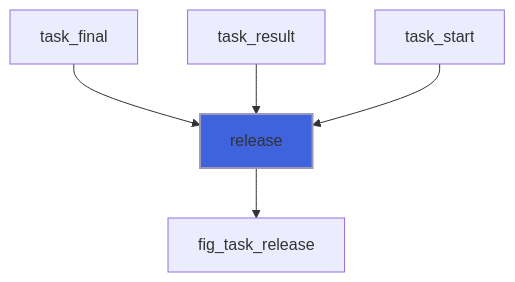
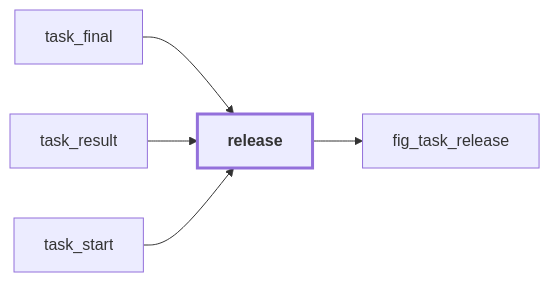
Before and after one commit to szaghi/figure: the eighth of 12 diagrams in docs/api/src/lib/figure_task.md, drawn with Mermaid. The commit also changed other lines of this file and 54 other files, not shown here.

````diff
--- a/docs/api/src/lib/figure_task.md
+++ b/docs/api/src/lib/figure_task.md
@@ -306,8 +329,13 @@
 ```mermaid
-flowchart TD
+flowchart LR
   task_final["task_final"] --> release["release"]
   task_result["task_result"] --> release["release"]
   task_start["task_start"] --> release["release"]
   release["release"] --> fig_task_release["fig_task_release"]
-  style release fill:#3e63dd,stroke:#99b,stroke-width:2px
+  classDef focus stroke-width:3px,font-weight:bold
+  class release focus
+  click task_final href "#task-final" "task_final"
+  click task_result href "#task-result" "task_result"
+  click task_start href "#task-start" "task_start"
+  click fig_task_release href "figure_c_native.html#fig-task-release" "fig_task_release"
 ```
````
